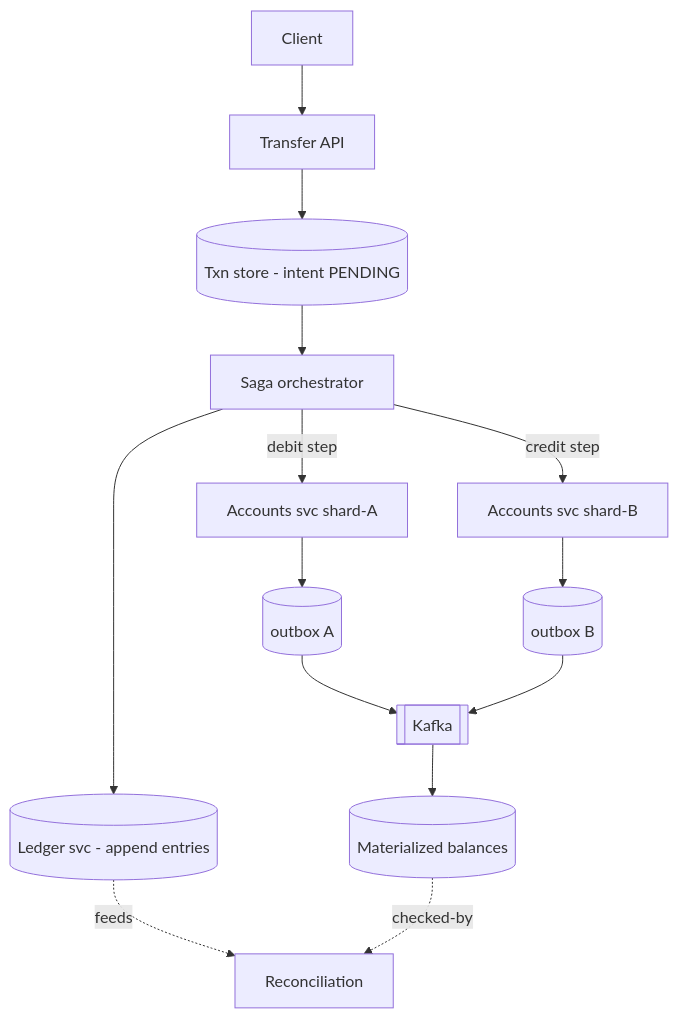
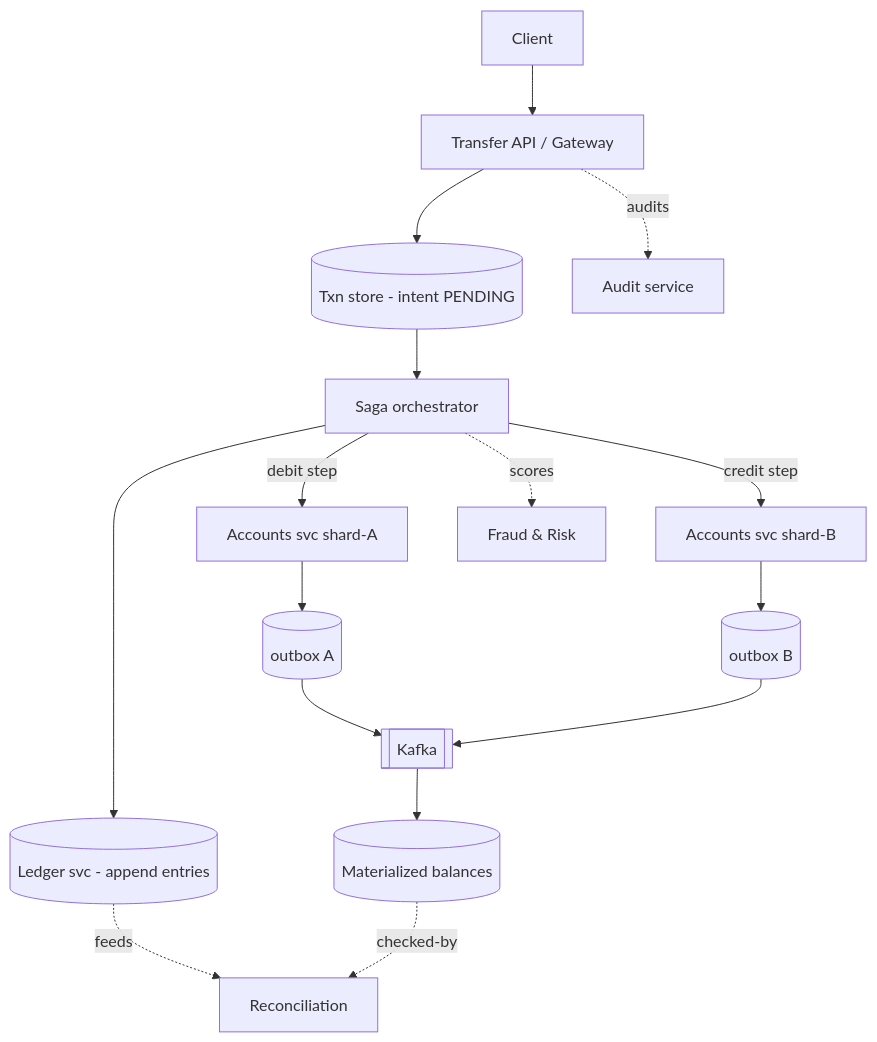
Before and after one commit to abhishekghoshh/system-design-helper: the second of 12 diagrams in docs/system-design/high-level/designing/advanced/distributed-transaction-banking-system.md, drawn with Mermaid. The commit also changed other lines of this file and 107 other files, not shown here.

````diff
--- a/docs/system-design/high-level/designing/advanced/distributed-transaction-banking-system.md
+++ b/docs/system-design/high-level/designing/advanced/distributed-transaction-banking-system.md
@@ -168,16 +173,18 @@
 ```mermaid
 flowchart TB
-    C[Client] --> API[Transfer API]
+    C[Client] --> API[Transfer API / Gateway]
     API --> TXNDB[(Txn store - intent PENDING)]
     TXNDB --> ORCH[Saga orchestrator]
     ORCH -->|debit step| ACC_A[Accounts svc shard-A]
     ORCH -->|credit step| ACC_B[Accounts svc shard-B]
     ACC_A --> OA[(outbox A)]
     ACC_B --> OB[(outbox B)]
     ORCH --> LED[(Ledger svc - append entries)]
     OA --> BUS[[Kafka]]
     OB --> BUS
     BUS --> BAL[(Materialized balances)]
     LED -.feeds.-> REC[Reconciliation]
     BAL -.checked-by.-> REC
+    ORCH -.scores.-> FRAUD[Fraud & Risk]
+    API -.audits.-> AUD[Audit service]
 ```
````
